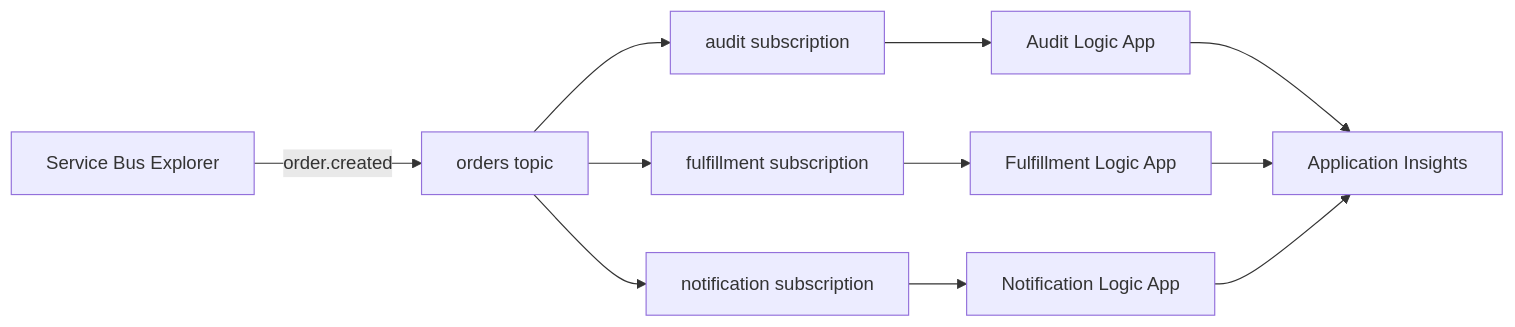
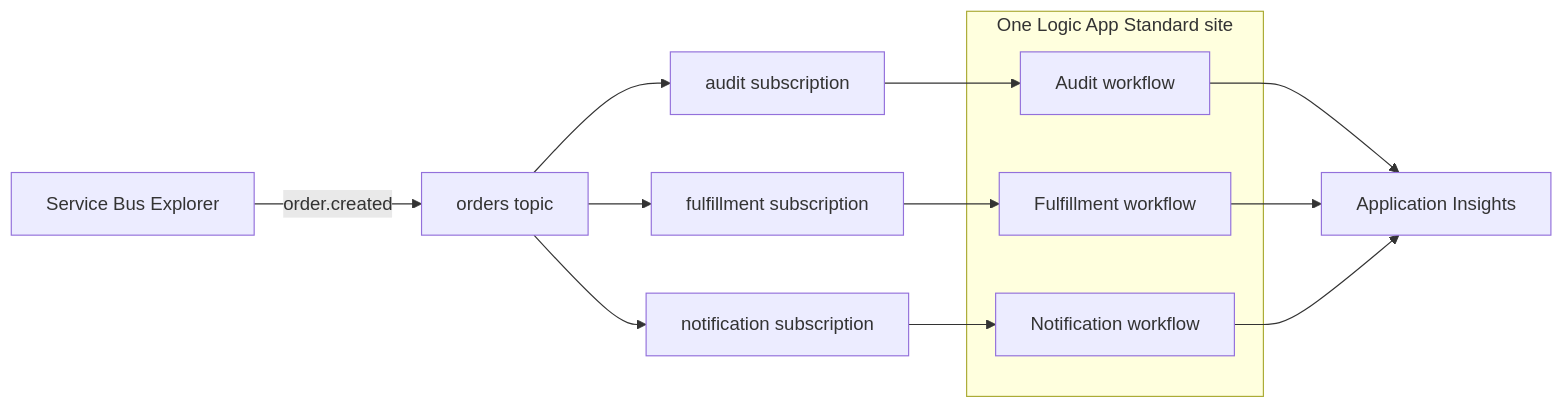
The diagram in labs/02-topic-fanout/README.md (scallighan/level-up-azure-integration-services), drawn with Mermaid before and after one commit. The commit also changed other lines of this file and 11 other files, not shown here.

````diff
--- a/labs/02-topic-fanout/README.md
+++ b/labs/02-topic-fanout/README.md
@@ -24,13 +24,18 @@
 ```mermaid
 flowchart LR
     P[Service Bus Explorer] -->|order.created| T[orders topic]
     T --> A[audit subscription]
     T --> F[fulfillment subscription]
     T --> N[notification subscription]
-    A --> WA[Audit Logic App]
-    F --> WF[Fulfillment Logic App]
-    N --> WN[Notification Logic App]
+    subgraph LA[One Logic App Standard site]
+        WA[Audit workflow]
+        WF[Fulfillment workflow]
+        WN[Notification workflow]
+    end
+    A --> WA
+    F --> WF
+    N --> WN
     WA --> AI[Application Insights]
     WF --> AI
     WN --> AI
 ```
````
